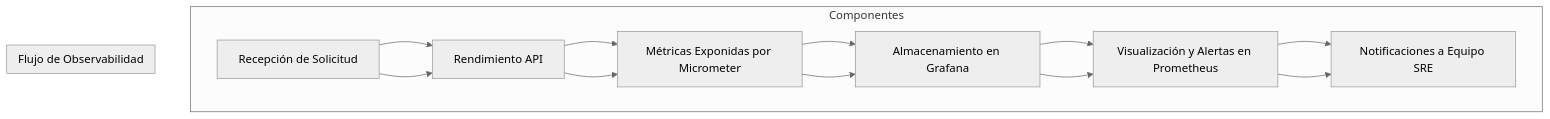
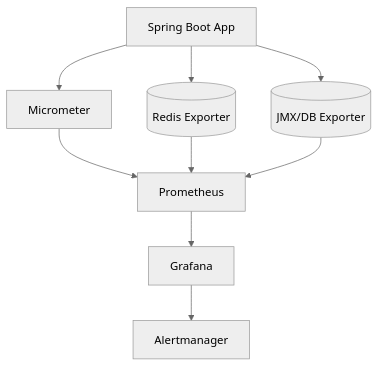
The fourth of 8 diagrams in _Review/arquitectura_fintech_y_sistemas_transaccionales/arquitectura_fintech_y_sistemas_transaccionales.md (Joaquinriosheredia/DAM-Java-Mastery), drawn with Mermaid (neutral theme) before and after one commit. The commit also changed other lines of this file, not shown here.

````diff
--- a/_Review/arquitectura_fintech_y_sistemas_transaccionales/arquitectura_fintech_y_sistemas_transaccionales.md
+++ b/_Review/arquitectura_fintech_y_sistemas_transaccionales/arquitectura_fintech_y_sistemas_transaccionales.md
@@ -371,25 +290,11 @@
 ```mermaid
 graph TD
-    A[Recepción de Solicitud] --> B[Rendimiento API]
-    B --> C[Métricas Exponidas por Micrometer]
-    C --> D[Almacenamiento en Grafana]
-    D --> E[Visualización y Alertas en Prometheus]
-    E --> F[Notificaciones a Equipo SRE]
-
-    subgraph "Componentes"
-        A
-        B
-        C
-        D
-        E
-        F
-    end
-
-    subgraph "Flujo de Observabilidad"
-        A --> B
-        B --> C
-        C --> D
-        D --> E
-        E --> F
-    end
+    APP[Spring Boot App] --> MIC[Micrometer]
+    APP --> REDIS[(Redis Exporter)]
+    APP --> DB[(JMX/DB Exporter)]
+    MIC --> PROM[Prometheus]
+    REDIS --> PROM
+    DB --> PROM
+    PROM --> GRAF[Grafana]
+    GRAF --> ALERT[Alertmanager]
 ```
````
